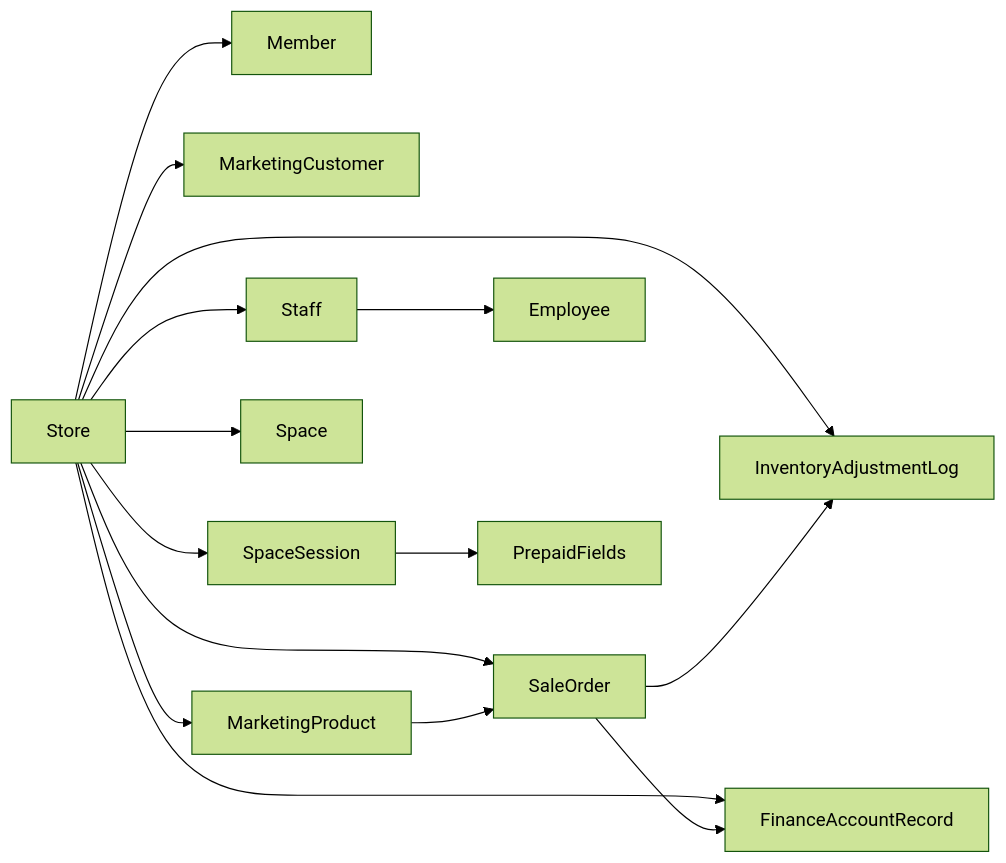
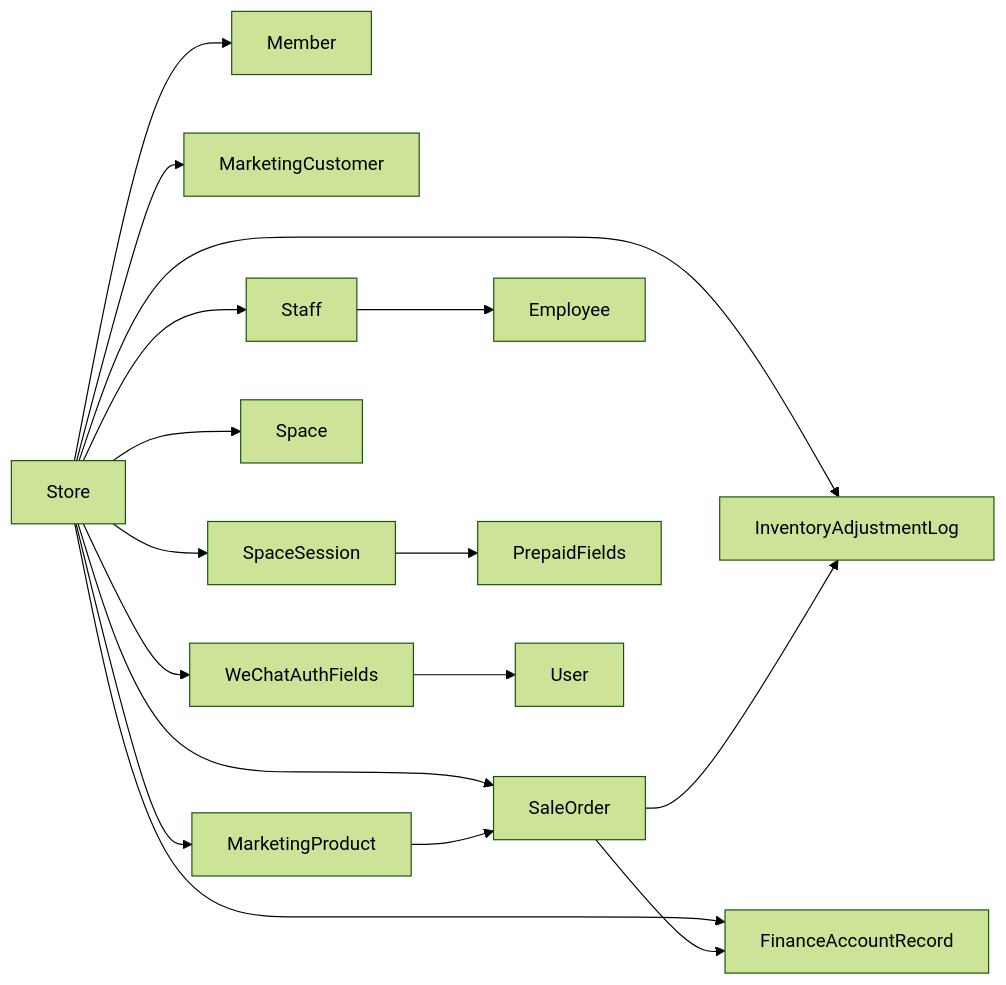
The third of 3 diagrams in .qoder/repowiki/zh/content/数据库设计/数据库设计.md (rc558620/purelyprofit-server), drawn with Mermaid (forest theme) before and after one commit. The commit also changed other lines of this file and 30 other files, not shown here.

````diff
--- a/.qoder/repowiki/zh/content/数据库设计/数据库设计.md
+++ b/.qoder/repowiki/zh/content/数据库设计/数据库设计.md
@@ -433,17 +479,19 @@
 ```mermaid
 graph LR
 Store["Store"] --> Member["Member"]
 Store --> Customer["MarketingCustomer"]
 Store --> Product["MarketingProduct"]
 Store --> Finance["FinanceAccountRecord"]
 Store --> Sales["SaleOrder"]
 Store --> Inventory["InventoryAdjustmentLog"]
 Store --> Staff["Staff"]
 Store --> Space["Space"]
 Store --> Session["SpaceSession"]
+Store --> WeChat["WeChatAuthFields"]
 Staff --> Employee["Employee"]
 Sales --> Inventory
 Sales --> Finance
 Session --> Prepaid["PrepaidFields"]
 Product --> Sales
+WeChat --> User["User"]
 ```
````
